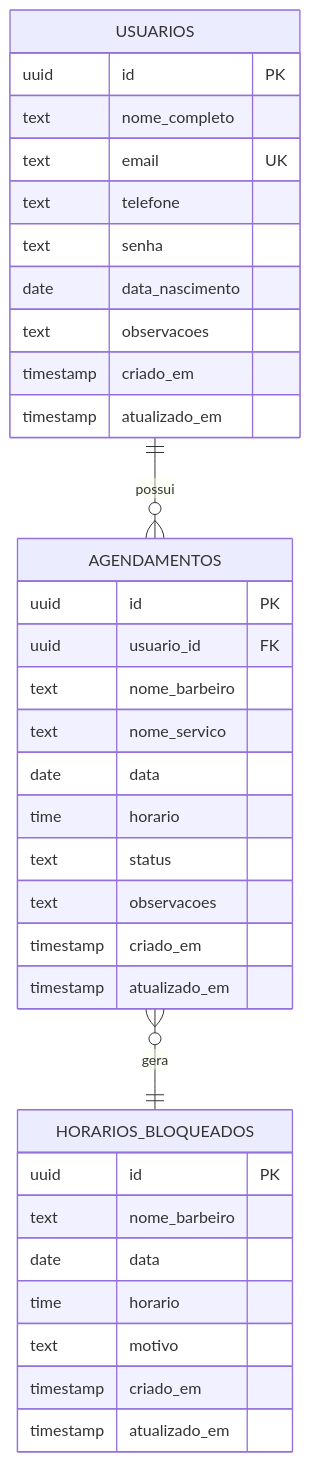
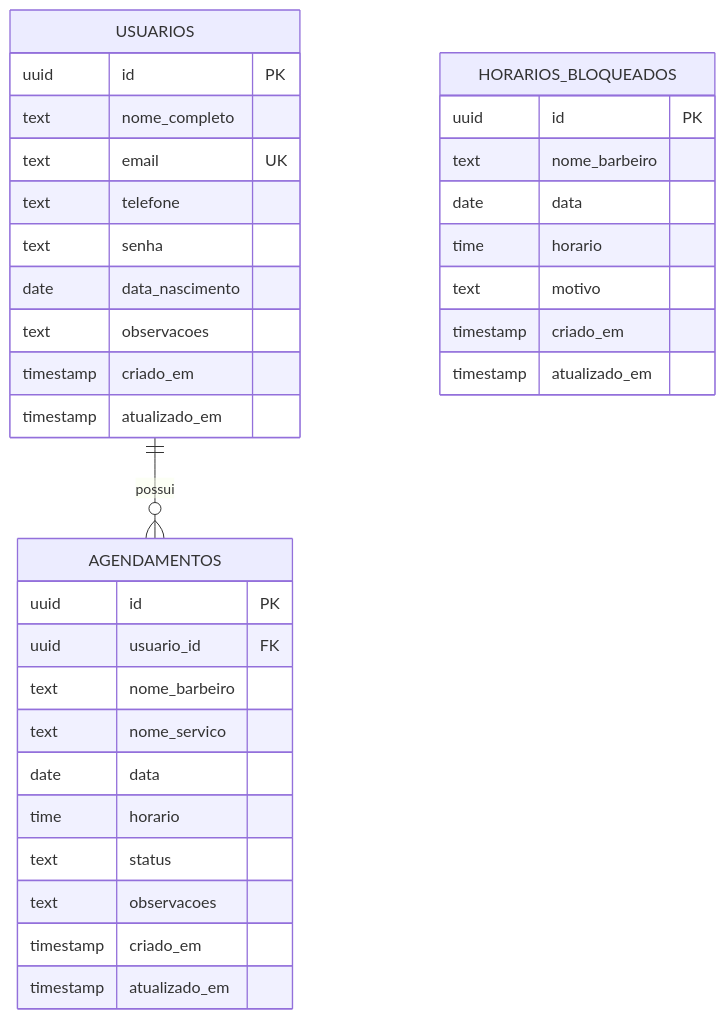
The fifth of 5 diagrams in README.md (phsrod/Trabalho-PWEB-II), drawn with Mermaid before and after one commit. The commit also changed other lines of this file and 3 other files, not shown here.

````diff
--- a/README.md
+++ b/README.md
@@ -167,40 +192,39 @@
 ```mermaid
 erDiagram
     USUARIOS ||--o{ AGENDAMENTOS : possui
-    AGENDAMENTOS }o--|| HORARIOS_BLOQUEADOS : gera
-    
+
     USUARIOS {
         uuid id PK
         text nome_completo
         text email UK
         text telefone
         text senha
         date data_nascimento
         text observacoes
         timestamp criado_em
         timestamp atualizado_em
     }
-    
+
     AGENDAMENTOS {
         uuid id PK
         uuid usuario_id FK
         text nome_barbeiro
         text nome_servico
         date data
         time horario
         text status
         text observacoes
         timestamp criado_em
         timestamp atualizado_em
     }
-    
+
     HORARIOS_BLOQUEADOS {
         uuid id PK
         text nome_barbeiro
         date data
         time horario
         text motivo
         timestamp criado_em
         timestamp atualizado_em
     }
 ```
````
